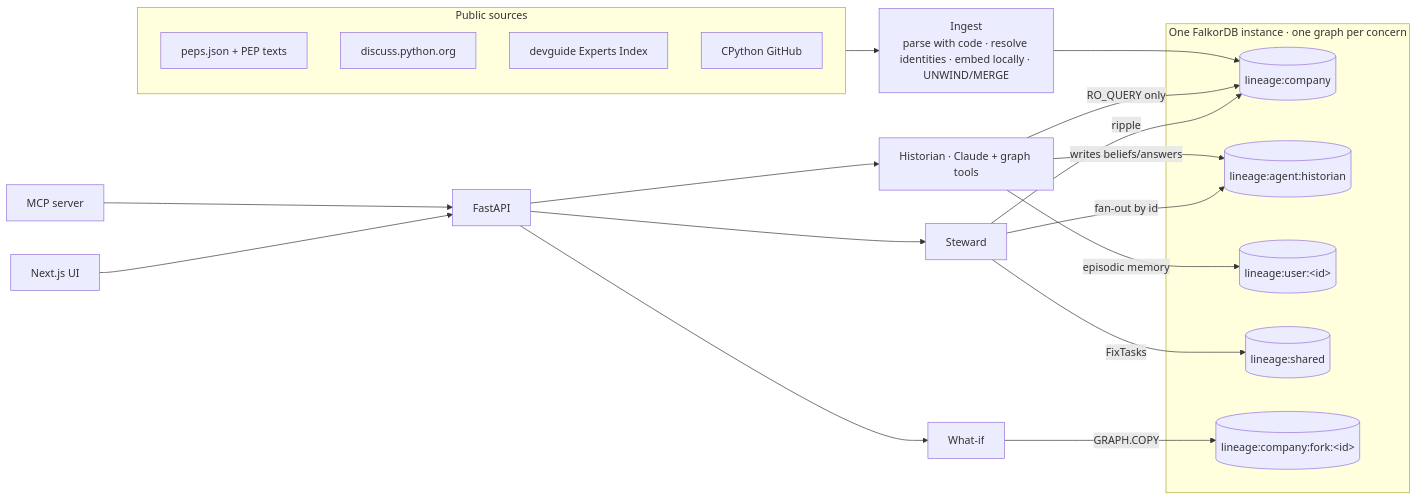
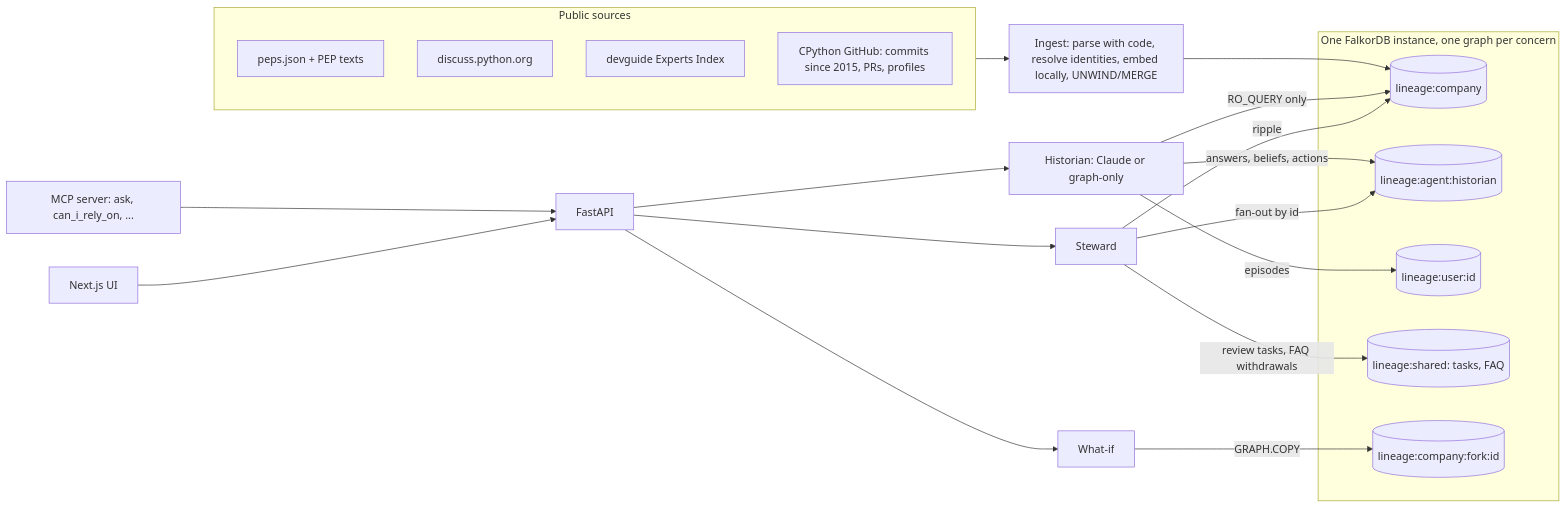
Before and after one commit to Vaibhaav-Tiwari/lineage: the diagram in README.md, drawn with Mermaid. The commit also changed other lines of this file and 13 other files, not shown here.

Commit message:
docs: README rewritten with honest framing, plain-search baseline (10/20 vs 20/20), Claude eval back to 100% recall after a footnote regression, FalkorDB findings (null-grouping crash, %R~ ACL, UDF replace race) written up; UDFs reload only when changed

````diff
--- a/README.md
+++ b/README.md
@@ -36,28 +52,28 @@
 ```mermaid
 flowchart LR
   subgraph Sources[Public sources]
     P[peps.json + PEP texts]
     D[discuss.python.org]
     E[devguide Experts Index]
-    G[CPython GitHub]
+    G[CPython GitHub: commits since 2015, PRs, profiles]
   end
-  Sources --> ING[Ingest\nparse with code · resolve identities · embed locally · UNWIND/MERGE]
+  Sources --> ING[Ingest: parse with code, resolve identities, embed locally, UNWIND/MERGE]
   ING --> C[(lineage:company)]
-  subgraph F[One FalkorDB instance · one graph per concern]
+  subgraph F[One FalkorDB instance, one graph per concern]
     C
     H[(lineage:agent:historian)]
-    U[(lineage:user:&lt;id&gt;)]
-    S[(lineage:shared)]
-    K[(lineage:company:fork:&lt;id&gt;)]
+    U[(lineage:user:id)]
+    S[(lineage:shared: tasks, FAQ)]
+    K[(lineage:company:fork:id)]
   end
-  HIST[Historian · Claude + graph tools] -- RO_QUERY only --> C
-  HIST -- writes beliefs/answers --> H
-  HIST -- episodic memory --> U
+  HIST[Historian: Claude or graph-only] -- RO_QUERY only --> C
+  HIST -- answers, beliefs, actions --> H
+  HIST -- episodes --> U
   STW[Steward] -- ripple --> C
   STW -- fan-out by id --> H
-  STW -- FixTasks --> S
+  STW -- review tasks, FAQ withdrawals --> S
   WI[What-if] -- GRAPH.COPY --> K
   API[FastAPI] --> HIST & STW & WI
-  MCP[MCP server] --> API
+  MCP[MCP server: ask, can_i_rely_on, ...] --> API
   WEB[Next.js UI] --> API
 ```
````
